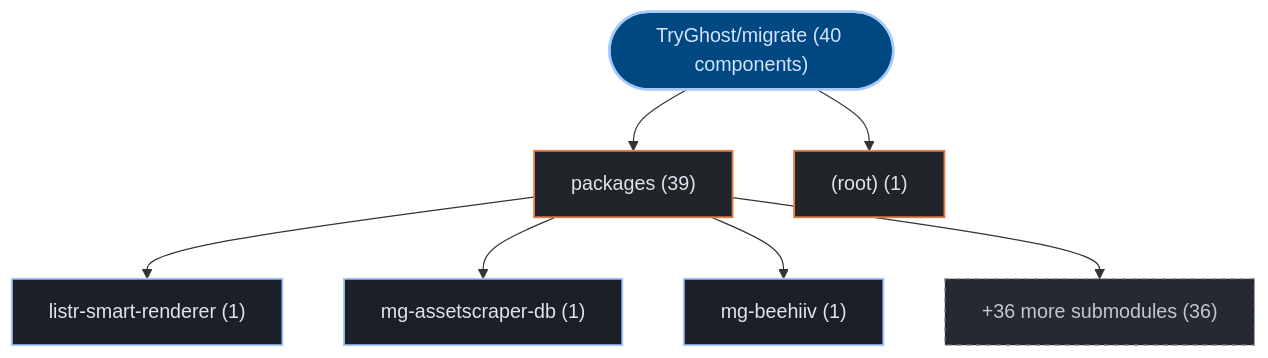
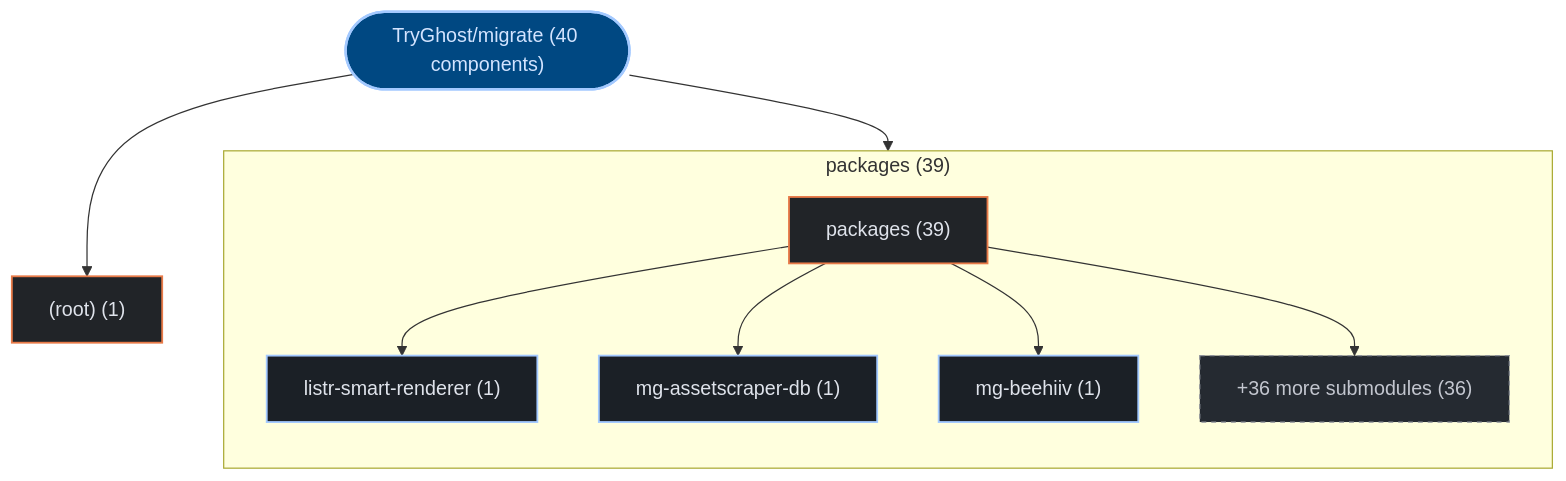
One commit to kumarshaz/atruss-code-atlas changed the first of 2 diagrams in exports/latest/reports/TryGhost-migrate-report.md. Above: the diagram before and after it, drawn with Mermaid. The commit also changed 178 other files, not shown here.

Commit message:
feat(ui,mermaid): upgrade to mermaid v12 + ELK layout, add orgs-summary + pagination, subgraph building blocks, fix tab alignment

````diff
--- a/exports/latest/reports/TryGhost-migrate-report.md
+++ b/exports/latest/reports/TryGhost-migrate-report.md
@@ -42,23 +42,26 @@
 ```mermaid
 graph TD;
   classDef atlasRoot fill:#004882,stroke:#a3c9ff,stroke-width:2px,color:#d3e4ff
   classDef atlasCategory fill:#212428,stroke:#E87A48,stroke-width:1.5px,color:#dfe3eb
   classDef atlasWorkflow fill:#1b2026,stroke:#a3c9ff,stroke-width:1.5px,color:#dfe3eb
   classDef atlasJob fill:#171c22,stroke:#8d9199,stroke-width:1px,color:#dfe3eb
   classDef atlasTarget fill:#005227,stroke:#8bd99b,stroke-width:1.5px,color:#a7f6b6
   classDef atlasAlert fill:#93000a,stroke:#ffb4ab,stroke-width:1.5px,color:#ffdad6
   classDef atlasMore fill:#252a31,stroke:#8d9199,stroke-dasharray:4 4,color:#c3c6cf
     repo_root(["TryGhost/migrate (40 components)"]):::atlasRoot
-    dir_0_packages["packages (39)"]:::atlasCategory
+    subgraph sg_dir_0_packages["packages (39)"]
+      direction TB
+      dir_0_packages["packages (39)"]:::atlasCategory
+      sub_0_0_listr_smart_renderer["listr-smart-renderer (1)"]:::atlasWorkflow
+      dir_0_packages --> sub_0_0_listr_smart_renderer
+      sub_0_1_mg_assetscraper_db["mg-assetscraper-db (1)"]:::atlasWorkflow
+      dir_0_packages --> sub_0_1_mg_assetscraper_db
+      sub_0_2_mg_beehiiv["mg-beehiiv (1)"]:::atlasWorkflow
+      dir_0_packages --> sub_0_2_mg_beehiiv
+      sub_0_more["+36 more submodules (36)"]:::atlasMore
+      dir_0_packages --> sub_0_more
+    end
     repo_root --> dir_0_packages
-    sub_0_0_listr_smart_renderer["listr-smart-renderer (1)"]:::atlasWorkflow
-    dir_0_packages --> sub_0_0_listr_smart_renderer
-    sub_0_1_mg_assetscraper_db["mg-assetscraper-db (1)"]:::atlasWorkflow
-    dir_0_packages --> sub_0_1_mg_assetscraper_db
-    sub_0_2_mg_beehiiv["mg-beehiiv (1)"]:::atlasWorkflow
-    dir_0_packages --> sub_0_2_mg_beehiiv
-    sub_0_more["+36 more submodules (36)"]:::atlasMore
-    dir_0_packages --> sub_0_more
     dir_1__root_["(root) (1)"]:::atlasCategory
     repo_root --> dir_1__root_
 ```
````
